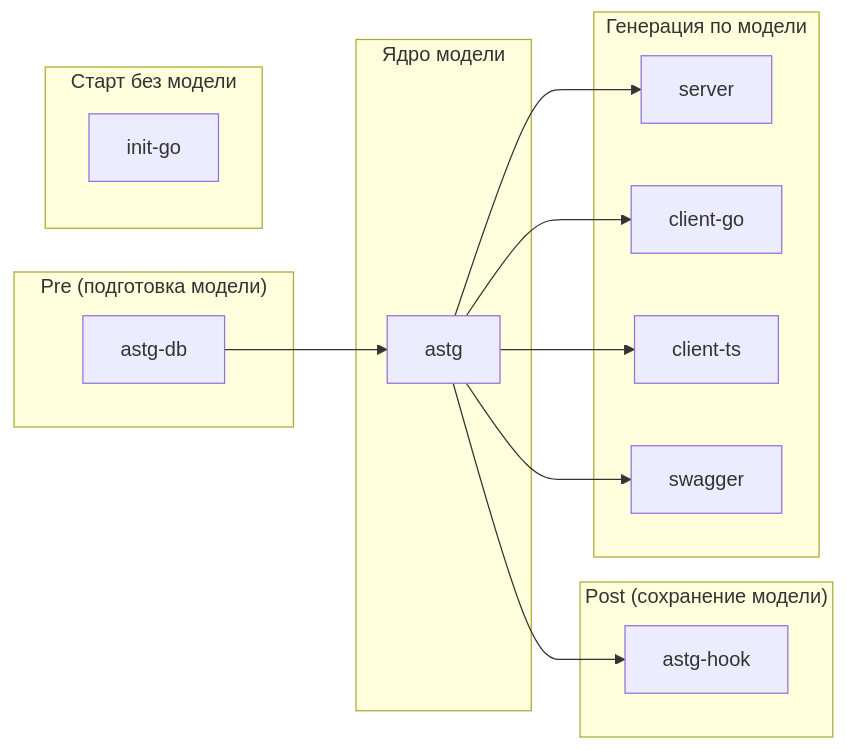
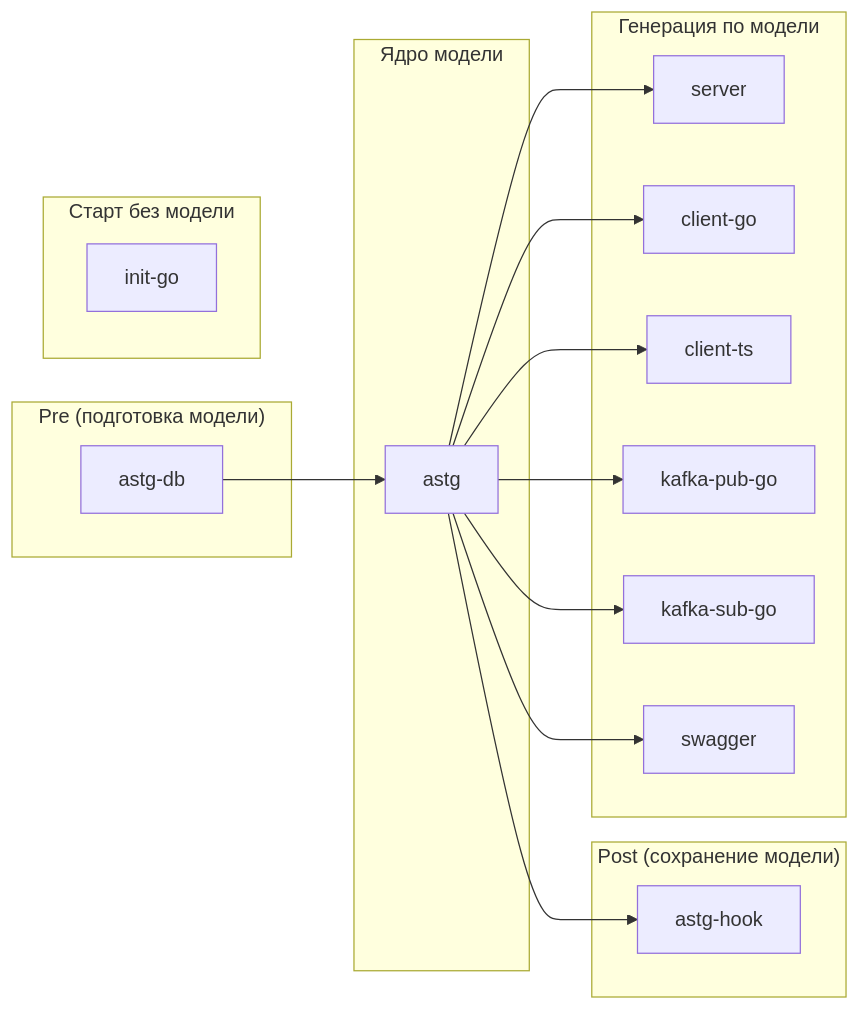
The first of 2 diagrams in readme.md (seniorGolang/tgp-go), drawn with Mermaid before and after one commit. The commit also changed other lines of this file and 177 other files, not shown here.

First line of the commit message:
feat: streaming SSE/WS, Kafka pub/sub плагины, XML exchange, skills и правки генерации

````diff
--- a/readme.md
+++ b/readme.md
@@ -11,32 +11,36 @@
 ```mermaid
 flowchart LR
     subgraph pre["Pre (подготовка модели)"]
         astg_db[astg-db]
     end
 
     subgraph core["Ядро модели"]
         astg[astg]
     end
 
     subgraph post["Post (сохранение модели)"]
         hook[astg-hook]
     end
 
     subgraph gen["Генерация по модели"]
         server[server]
         client_go[client-go]
         client_ts[client-ts]
+        kafka_pub[kafka-pub-go]
+        kafka_sub[kafka-sub-go]
         swagger[swagger]
     end
 
     subgraph bootstrap["Старт без модели"]
         init_go[init-go]
     end
 
     astg_db --> astg
     astg --> hook
     astg --> server
     astg --> client_go
     astg --> client_ts
+    astg --> kafka_pub
+    astg --> kafka_sub
     astg --> swagger
 ```
````
